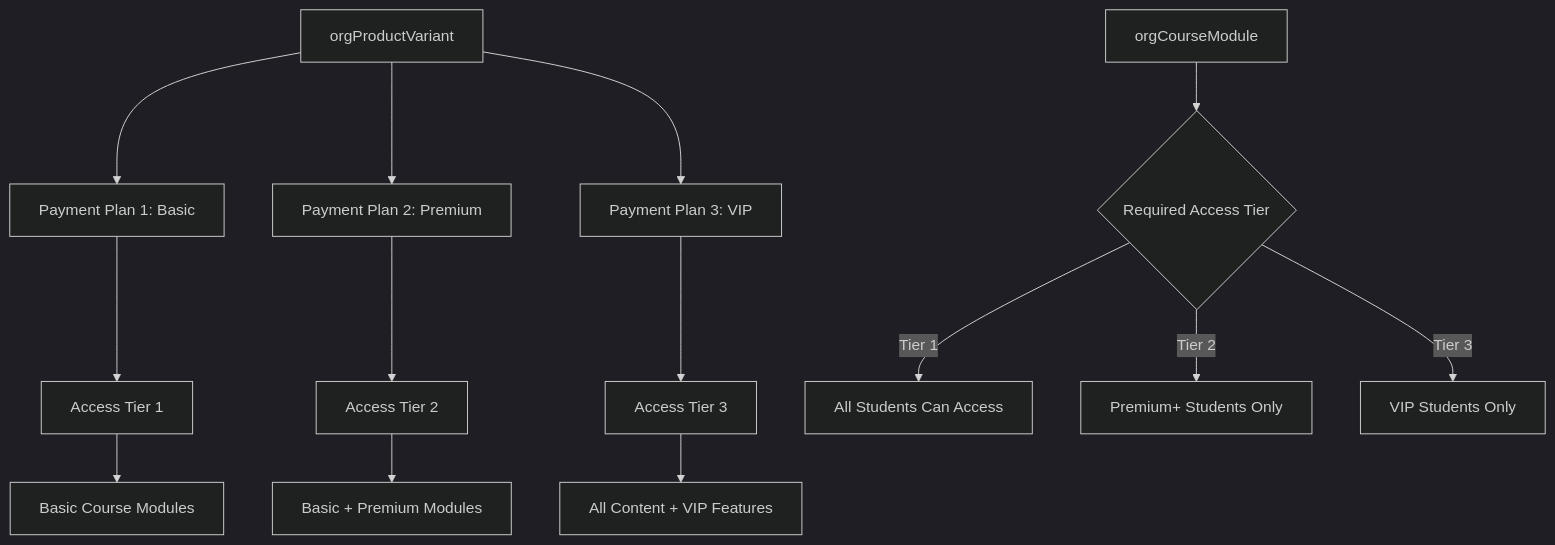
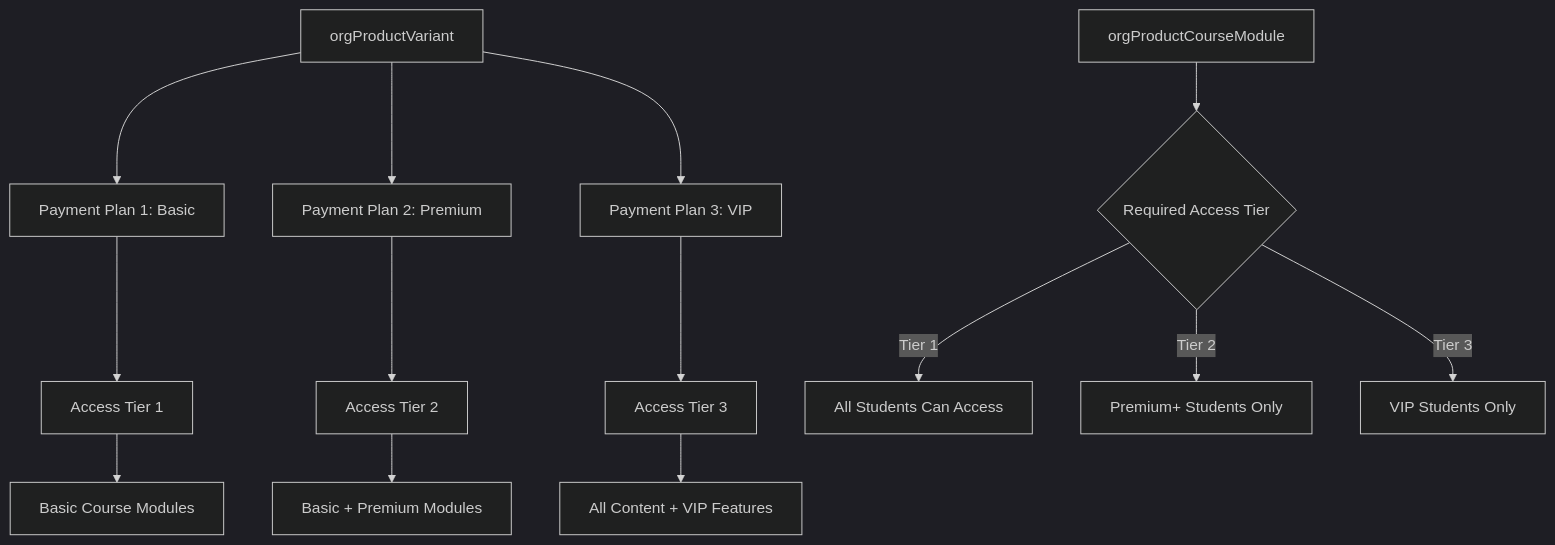
Before and after one commit to DreamEcho100/maze: the fourth of 5 diagrams in apps/volmify/src/server/libs/db/schema/README.md, drawn with Mermaid (dark theme). The commit also changed other lines of this file and 5 other files, not shown here.

````diff
--- a/apps/volmify/src/server/libs/db/schema/README.md
+++ b/apps/volmify/src/server/libs/db/schema/README.md
@@ -234,19 +248,19 @@
 ```mermaid
 graph TD
     A[orgProductVariant] --> B[Payment Plan 1: Basic]
     A --> C[Payment Plan 2: Premium] 
     A --> D[Payment Plan 3: VIP]
     
     B --> E[Access Tier 1]
     C --> F[Access Tier 2]
     D --> G[Access Tier 3]
     
     E --> H[Basic Course Modules]
     F --> I[Basic + Premium Modules]
     G --> J[All Content + VIP Features]
     
-    K[orgCourseModule] --> L{Required Access Tier}
+    K[orgProductCourseModule] --> L{Required Access Tier}
     L -->|Tier 1| M[All Students Can Access]
     L -->|Tier 2| N[Premium+ Students Only]
     L -->|Tier 3| O[VIP Students Only]
 ```
````
